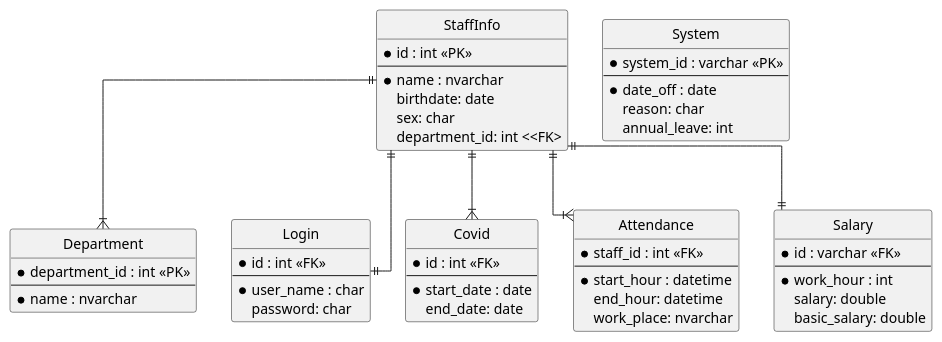
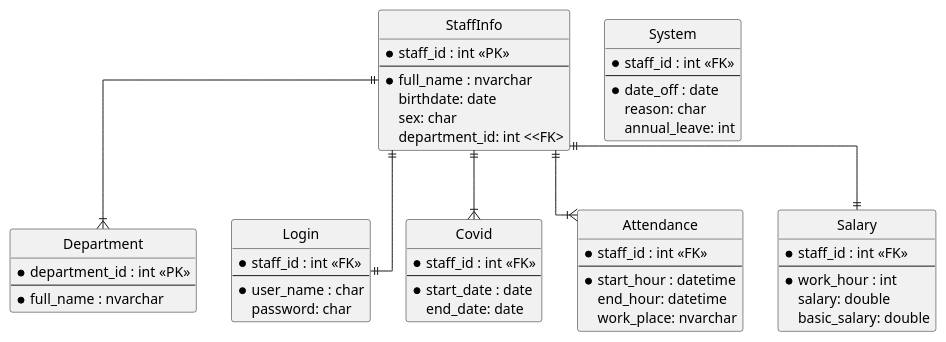
One commit to ashleynguyen07/asset-management changed the diagram in UML/ERD.puml. Above: the diagram before and after it, drawn with PlantUML.

Commit message:
change id

```diff
--- a/UML/ERD.puml
+++ b/UML/ERD.puml
@@ -1,71 +1,71 @@
 @startuml
 
 ' hide the spot
 hide circle
 
 ' avoid problems with angled crows feet
 skinparam linetype ortho
 
 entity "Department" as deparment {
   *department_id : int <<PK>>
   --
-  *name : nvarchar 
+  *full_name : nvarchar 
 }
 
 entity "StaffInfo" as staffInfo {
-  *id : int <<PK>>
+  *staff_id : int <<PK>>
   --
-  *name : nvarchar 
+  *full_name : nvarchar 
   birthdate: date 
   sex: char
   department_id: int <<FK>
 }
 
 entity "Login" as login {
-  *id : int <<FK>>
+  *staff_id : int <<FK>>
   --
   *user_name : char
   password: char
 }
 
 entity "Covid" as covid {
-  *id : int <<FK>>
+  *staff_id : int <<FK>>
   --
   *start_date : date
   end_date: date
 }
 
 entity "Attendance" as attendance {
   *staff_id : int <<FK>>
   --
   *start_hour : datetime  
   end_hour: datetime
   work_place: nvarchar
 }
 
 entity "Salary" as salary {
-  *id : varchar <<FK>>
+  *staff_id : int <<FK>>
   --
   *work_hour : int
   salary: double
   basic_salary: double
 }
 
 entity "System" as system {
-  *system_id : varchar <<PK>>
+  *staff_id : int <<FK>>
   --
   *date_off : date
   reason: char
   annual_leave: int
 }
 
 staffInfo ||--|{ deparment
 staffInfo ||--|| login
 staffInfo ||--|{ covid
 staffInfo ||--|| salary
 staffInfo ||--|{ attendance
 
 
 
 
 @enduml
```
